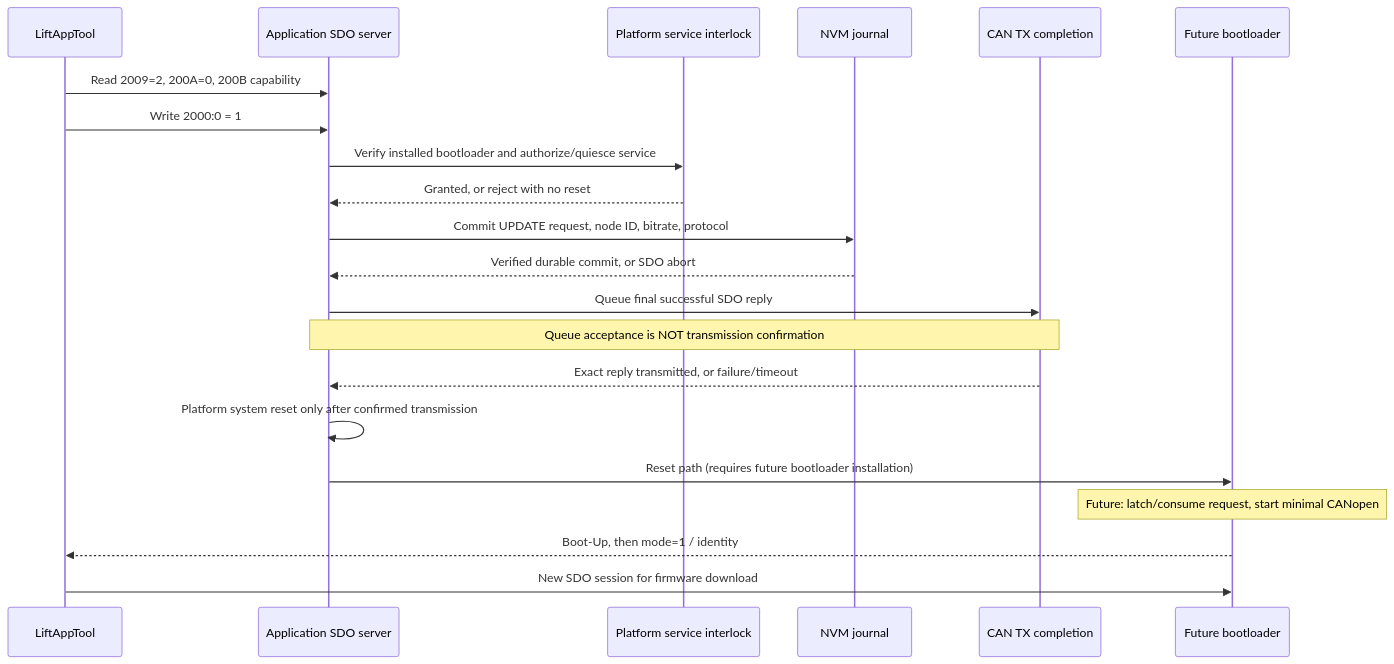
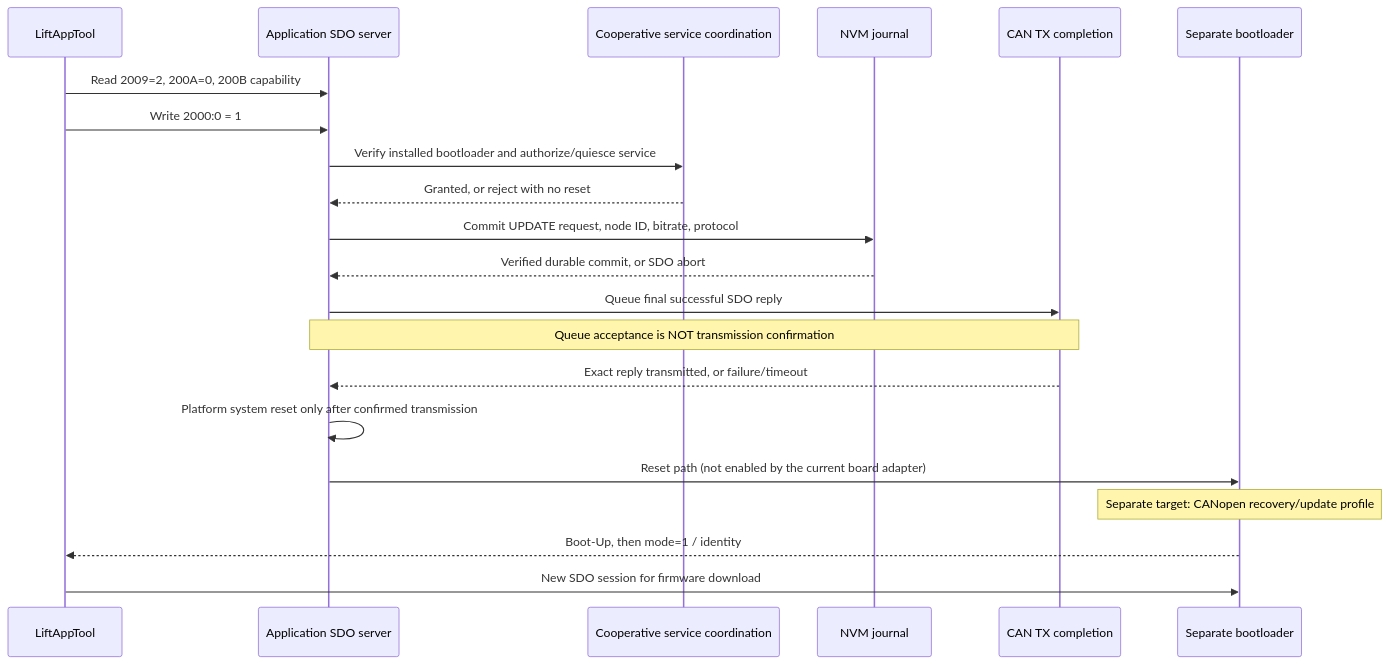
Before and after one commit to MateuszTarka00/VEGA_CANOPEN_TRANSLATOR_STM32: the second of 3 diagrams in CANOPEN_INTEGRATION.md, drawn with Mermaid. The commit also changed other lines of this file and 7 other files, not shown here.

First line of the commit message:
Integrate separate CANopen bootloader and enhance application update handling

````diff
--- a/CANOPEN_INTEGRATION.md
+++ b/CANOPEN_INTEGRATION.md
@@ -167,23 +181,23 @@
 ```mermaid
 sequenceDiagram
     participant T as LiftAppTool
     participant A as Application SDO server
-    participant S as Platform service interlock
+    participant S as Cooperative service coordination
     participant N as NVM journal
     participant C as CAN TX completion
-    participant B as Future bootloader
+    participant B as Separate bootloader
     T->>A: Read 2009=2, 200A=0, 200B capability
     T->>A: Write 2000:0 = 1
     A->>S: Verify installed bootloader and authorize/quiesce service
     S-->>A: Granted, or reject with no reset
     A->>N: Commit UPDATE request, node ID, bitrate, protocol
     N-->>A: Verified durable commit, or SDO abort
     A->>C: Queue final successful SDO reply
     Note over A,C: Queue acceptance is NOT transmission confirmation
     C-->>A: Exact reply transmitted, or failure/timeout
     A->>A: Platform system reset only after confirmed transmission
-    A->>B: Reset path (requires future bootloader installation)
-    Note over B: Future: latch/consume request, start minimal CANopen
+    A->>B: Reset path (not enabled by the current board adapter)
+    Note over B: Separate target: CANopen recovery/update profile
     B-->>T: Boot-Up, then mode=1 / identity
     T->>B: New SDO session for firmware download
 ```
````
